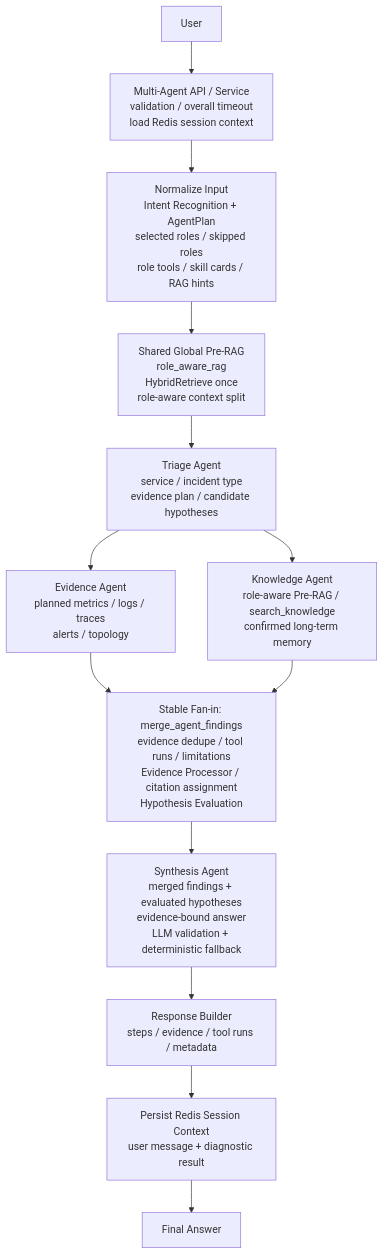
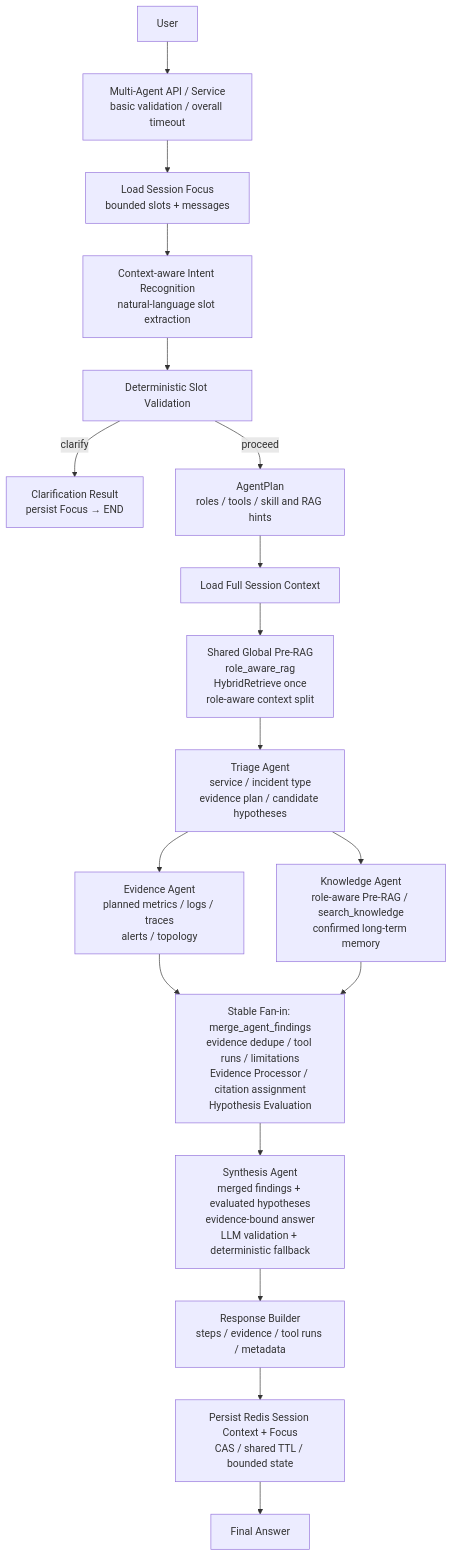
Before and after one commit to jiawei-wang-dev/WatchOps-Lite: the fourth of 9 diagrams in README.md, drawn with Mermaid. The commit also changed other lines of this file and 16 other files, not shown here.

Commit message:
feat: add turn governance to multi-agent

````diff
--- a/README.md
+++ b/README.md
@@ -222,26 +222,29 @@
 ```mermaid
 flowchart TB
-    U["User"] --> API["Multi-Agent API / Service<br/>validation / overall timeout<br/>load Redis session context"]
-
-    API --> N["Normalize Input<br/>Intent Recognition + AgentPlan<br/>selected roles / skipped roles<br/>role tools / skill cards / RAG hints"]
-
-    N --> R["Shared Global Pre-RAG<br/>role_aware_rag<br/>HybridRetrieve once<br/>role-aware context split"]
+    U["User"] --> API["Multi-Agent API / Service<br/>basic validation / overall timeout"]
+    API --> F["Load Session Focus<br/>bounded slots + messages"]
+    F --> I["Context-aware Intent Recognition<br/>natural-language slot extraction"]
+    I --> V["Deterministic Slot Validation"]
+    V -->|"clarify"| C["Clarification Result<br/>persist Focus → END"]
+    V -->|"proceed"| P["AgentPlan<br/>roles / tools / skill and RAG hints"]
+    P --> SC["Load Full Session Context"]
+    SC --> R["Shared Global Pre-RAG<br/>role_aware_rag<br/>HybridRetrieve once<br/>role-aware context split"]
 
     R --> T["Triage Agent<br/>service / incident type<br/>evidence plan / candidate hypotheses"]
 
     T --> E["Evidence Agent<br/>planned metrics / logs / traces<br/>alerts / topology"]
 
     T --> K["Knowledge Agent<br/>role-aware Pre-RAG / search_knowledge<br/>confirmed long-term memory"]
 
     E --> M["Stable Fan-in: merge_agent_findings<br/>evidence dedupe / tool runs / limitations<br/>Evidence Processor / citation assignment<br/>Hypothesis Evaluation"]
 
     K --> M
 
     M --> S["Synthesis Agent<br/>merged findings + evaluated hypotheses<br/>evidence-bound answer<br/>LLM validation + deterministic fallback"]
 
     S --> B["Response Builder<br/>steps / evidence / tool runs / metadata"]
 
-    B --> P["Persist Redis Session Context<br/>user message + diagnostic result"]
+    B --> PS["Persist Redis Session Context + Focus<br/>CAS / shared TTL / bounded state"]
 
-    P --> F["Final Answer"]
+    PS --> FA["Final Answer"]
 ```
````
